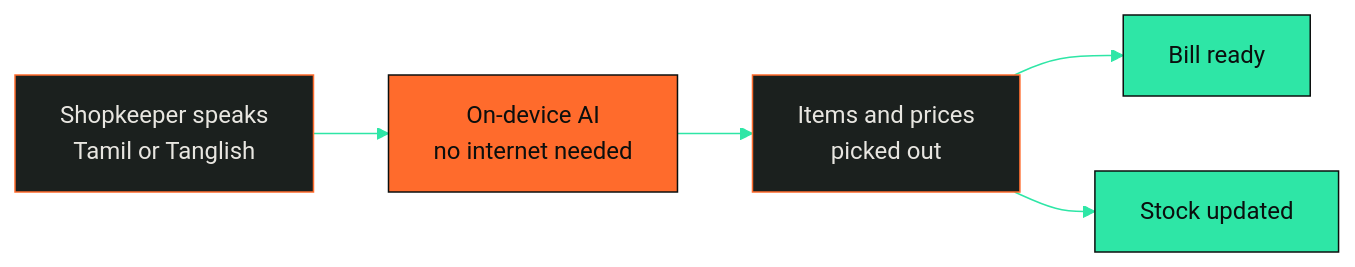
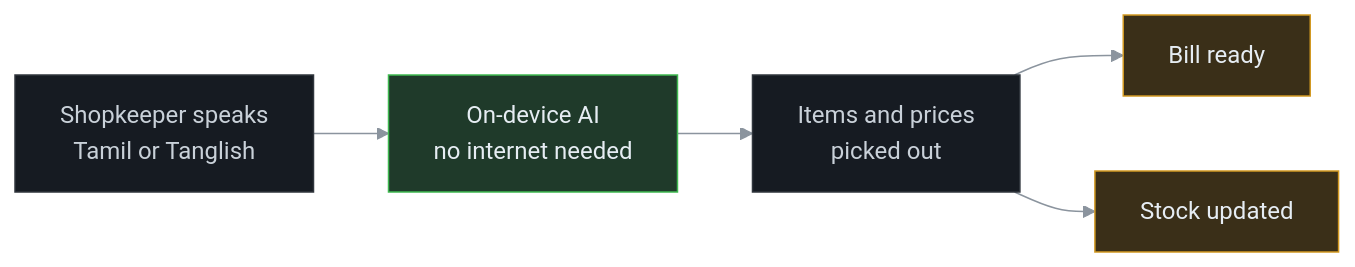
One commit to bowsii/bowsii changed the first of 4 diagrams in README.md. Above: the diagram before and after it, drawn with Mermaid. The commit also changed other lines of this file, not shown here.

````diff
--- a/README.md
+++ b/README.md
@@ -90,12 +90,12 @@
 ```mermaid
-%%{init: {'theme':'base','themeVariables':{'primaryColor':'#1B201E','primaryBorderColor':'#FF6B2C','primaryTextColor':'#E8E6E1','lineColor':'#2EE6A6','fontFamily':'monospace'}}}%%
+%%{init: {'theme':'base','themeVariables':{'primaryColor':'#161B22','primaryBorderColor':'#30363D','primaryTextColor':'#C9D1D9','lineColor':'#8B949E','fontFamily':'monospace'}}}%%
 flowchart LR
   A["Shopkeeper speaks<br/>Tamil or Tanglish"] --> B["On-device AI<br/>no internet needed"]
   B --> C["Items and prices<br/>picked out"]
   C --> D["Bill ready"]
   C --> E["Stock updated"]
-  classDef hot fill:#FF6B2C,stroke:#0B0F0E,color:#0B0F0E
-  classDef good fill:#2EE6A6,stroke:#0B0F0E,color:#0B0F0E
+  classDef hot fill:#1F3A2A,stroke:#3FB950,color:#E6EDF3
+  classDef gold fill:#3A2F18,stroke:#D29922,color:#E6EDF3
   class B hot
-  class D,E good
+  class D,E gold
 ```
````
